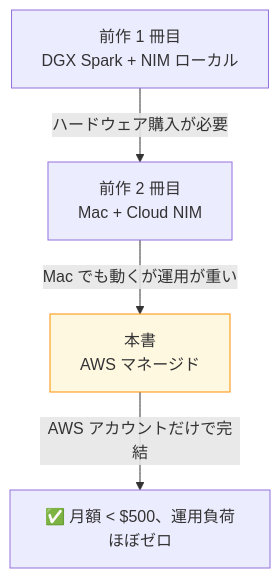
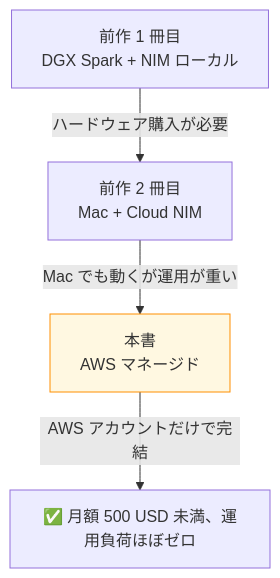
One commit to himorishige/zenn-contents changed the second of 2 diagrams in books/aws-bedrock-agentcore-nemotron-handson/appendix-a-prequel-diff.md. Above: the diagram before and after it, drawn with Mermaid. The commit also changed other lines of this file and 7 other files, not shown here.

````diff
--- a/books/aws-bedrock-agentcore-nemotron-handson/appendix-a-prequel-diff.md
+++ b/books/aws-bedrock-agentcore-nemotron-handson/appendix-a-prequel-diff.md
@@ -132,11 +131,11 @@
 ```mermaid
 graph TB
     A["前作 1 冊目<br/>DGX Spark + NIM ローカル"]
     B["前作 2 冊目<br/>Mac + Cloud NIM"]
     C["本書<br/>AWS マネージド"]
 
     A -->|ハードウェア購入が必要| B
     B -->|Mac でも動くが運用が重い| C
-    C -->|AWS アカウントだけで完結| End["✅ 月額 < $500、運用負荷ほぼゼロ"]
+    C -->|AWS アカウントだけで完結| End["✅ 月額 500 USD 未満、運用負荷ほぼゼロ"]
     style C fill:#fff8e1,stroke:#ff8f00
 ```
````
